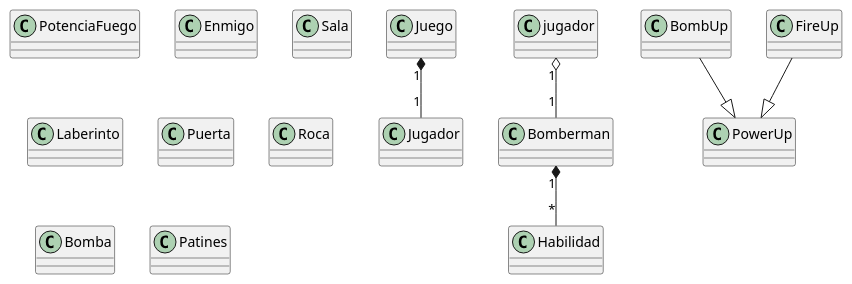
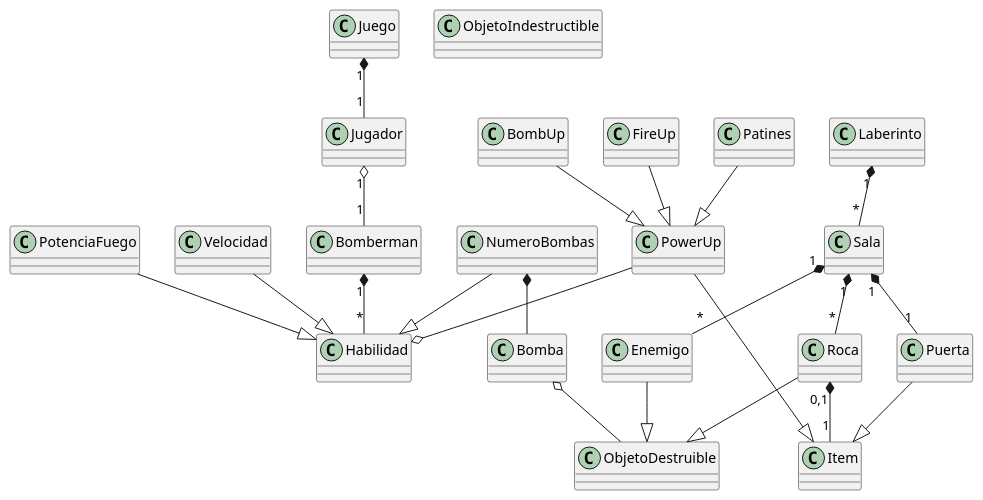
Before and after one commit to LeonelGlezHdez/bomberman: the diagram in docs/bomberman.puml, drawn with PlantUML.

Commit message:
Version 0

```diff
--- a/docs/bomberman.puml
+++ b/docs/bomberman.puml
@@ -1,41 +1,58 @@
 @startuml Bomberman
 
 class Juego
 class Jugador
 
-class Bomberman
 class Habilidad
 class PotenciaFuego
-class Enmigo
+class Velocidad
+class NumeroBombas
+class Bomberman
+class Enemigo
 
 class Sala
 class Laberinto
 class Puerta
 class Roca
+class ObjetoDestruible
+class ObjetoIndestructible
 
+Laberinto "1" *-- "*" Sala
+Sala "1" *-- "1" Puerta
+Sala "1" *-- "*" Roca
+Sala "1" *-- "*" Enemigo
+Roca "0,1" *-- "1" Item
+Puerta --|> Item
+PowerUp --|> Item
+Roca --|> ObjetoDestruible
+Enemigo --|> ObjetoDestruible
+Bomba o-- ObjetoDestruible
+
+
+
+class Item
 class Bomba
 class PowerUp
 class BombUp
 class FireUp
 class Patines
 
 
 Juego "1" *-- "1" Jugador
-jugador "1" o-- "1" Bomberman
+Jugador "1" o-- "1" Bomberman
 Bomberman "1" *-- "*" Habilidad
 
 BombUp --|> PowerUp
 FireUp --|> PowerUp
+Patines --|> PowerUp
 
+PotenciaFuego --|> Habilidad
+Velocidad --|> Habilidad
+NumeroBombas --|> Habilidad
 
+PowerUp --o Habilidad
 
-
-
-
-
-
-
-
+NumeroBombas *-- Bomba
 
 
 @enduml
```
